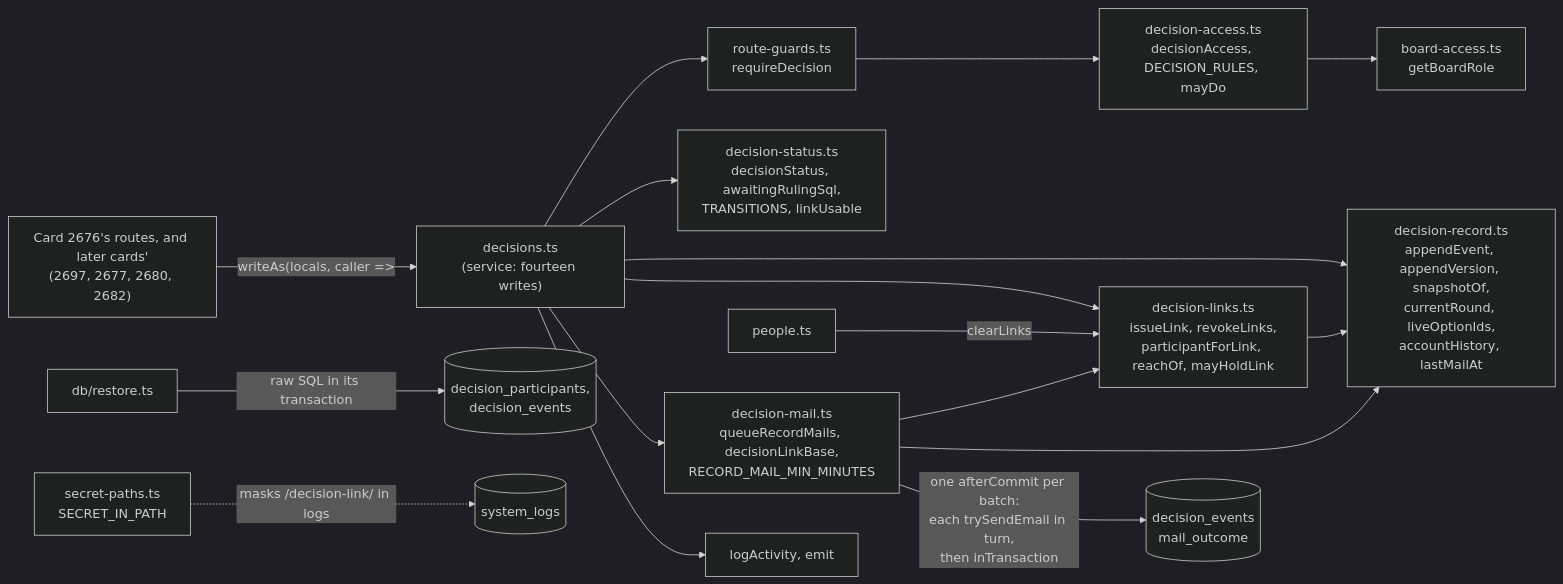
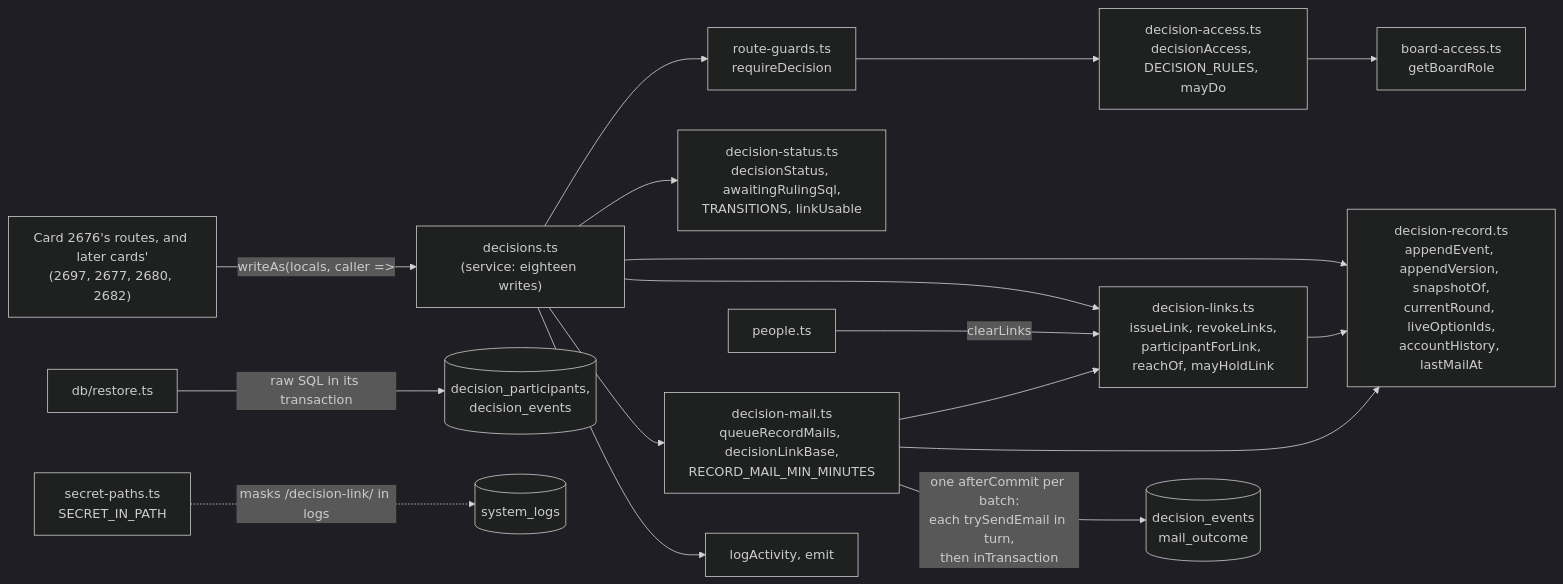
Before and after one commit to gitBoon/DumpFire: diagram 20 of 50 in docs/architecture.md, drawn with Mermaid (dark theme). The commit also changed other lines of this file and 46 other files, not shown here.

````diff
--- a/docs/architecture.md
+++ b/docs/architecture.md
@@ -1200,19 +1201,19 @@
 ```mermaid
 flowchart LR
-    Routes["Card 2676's routes, and later cards'<br/>(2697, 2677, 2680, 2682)"] -->|"writeAs(locals, caller =>"| Svc["decisions.ts<br/>(service: fourteen writes)"]
+    Routes["Card 2676's routes, and later cards'<br/>(2697, 2677, 2680, 2682)"] -->|"writeAs(locals, caller =>"| Svc["decisions.ts<br/>(service: eighteen writes)"]
     Svc --> Guard["route-guards.ts<br/>requireDecision"]
     Guard --> Acc["decision-access.ts<br/>decisionAccess, DECISION_RULES, mayDo"]
     Acc --> BA["board-access.ts<br/>getBoardRole"]
     Svc --> St["decision-status.ts<br/>decisionStatus, awaitingRulingSql,<br/>TRANSITIONS, linkUsable"]
     Svc --> Rec["decision-record.ts<br/>appendEvent, appendVersion, snapshotOf,<br/>currentRound, liveOptionIds,<br/>accountHistory, lastMailAt"]
     Svc --> Lk["decision-links.ts<br/>issueLink, revokeLinks,<br/>participantForLink, reachOf, mayHoldLink"]
     Svc --> Ml["decision-mail.ts<br/>queueRecordMails, decisionLinkBase,<br/>RECORD_MAIL_MIN_MINUTES"]
     Svc --> Act["logActivity, emit"]
     Lk --> Rec
     Ml --> Lk
     Ml --> Rec
     Ml -->|"one afterCommit per batch:<br/>each trySendEmail in turn,<br/>then inTransaction"| Out[("decision_events<br/>mail_outcome")]
     People["people.ts"] -->|"clearLinks"| Lk
     Restore["db/restore.ts"] -->|"raw SQL in its transaction"| DP[("decision_participants,<br/>decision_events")]
     Gate["secret-paths.ts<br/>SECRET_IN_PATH"] -.->|"masks /decision-link/ in logs"| Log[("system_logs")]
 ```
````
